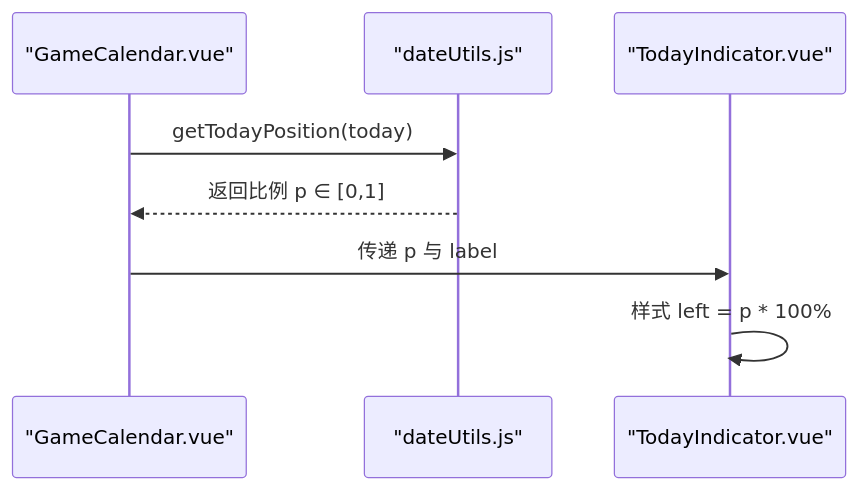
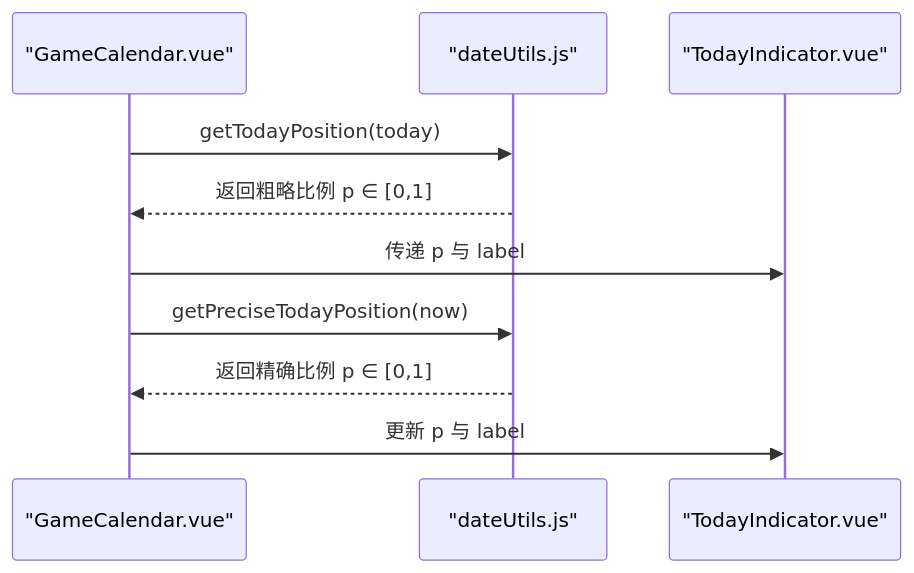
One commit to xuanyulingnfeg/gameCalendar changed the sixth of 8 diagrams in .qoder/repowiki/zh/content/工具函数.md. Above: the diagram before and after it, drawn with Mermaid. The commit also changed other lines of this file and 7 other files, not shown here.

````diff
--- a/.qoder/repowiki/zh/content/工具函数.md
+++ b/.qoder/repowiki/zh/content/工具函数.md
@@ -239,10 +296,12 @@
 ```mermaid
 sequenceDiagram
 participant Calendar as "GameCalendar.vue"
 participant Utils as "dateUtils.js"
 participant Indicator as "TodayIndicator.vue"
 Calendar->>Utils : getTodayPosition(today)
-Utils-->>Calendar : 返回比例 p ∈ [0,1]
+Utils-->>Calendar : 返回粗略比例 p ∈ [0,1]
 Calendar->>Indicator : 传递 p 与 label
-Indicator->>Indicator : 样式 left = p * 100%
+Calendar->>Utils : getPreciseTodayPosition(now)
+Utils-->>Calendar : 返回精确比例 p ∈ [0,1]
+Calendar->>Indicator : 更新 p 与 label
 ```
````
